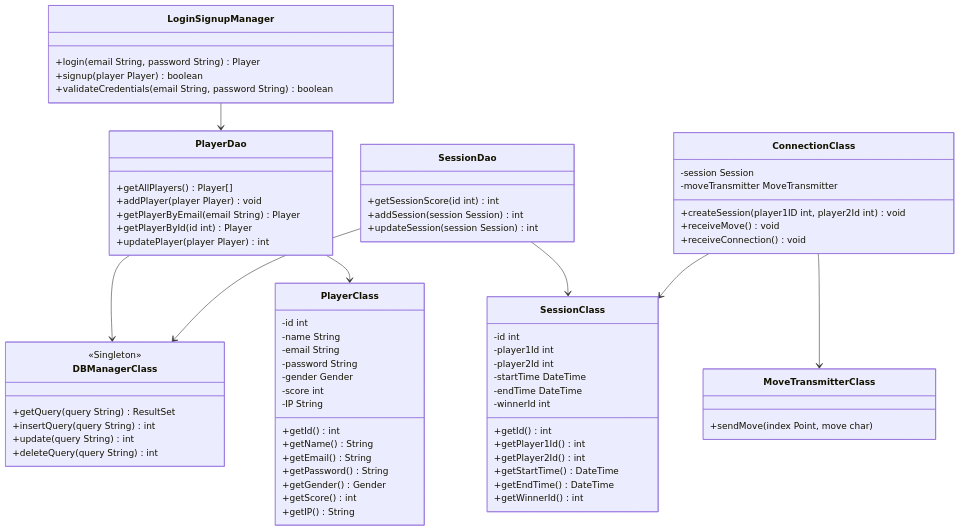
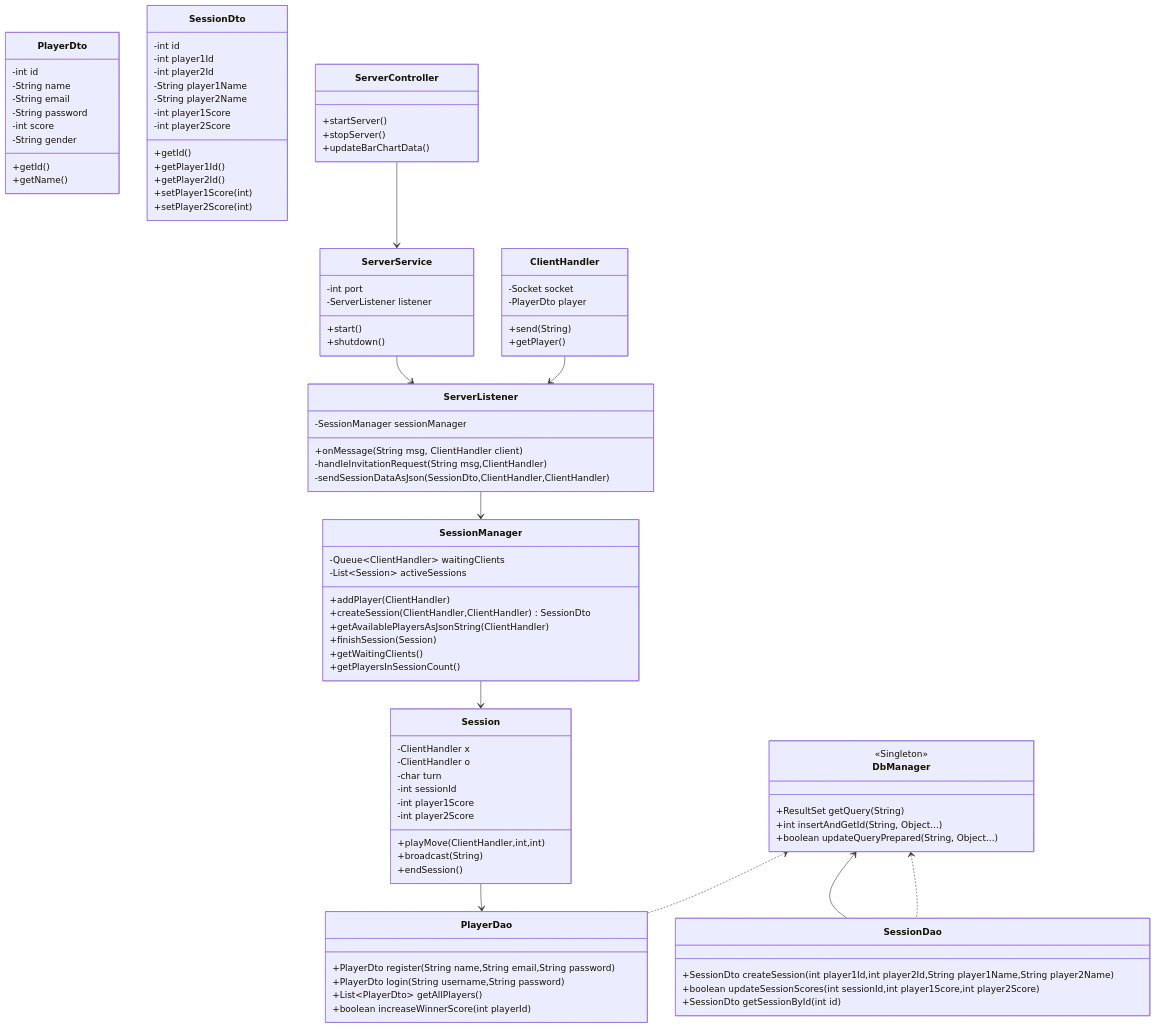
Before and after one commit to ITI-Java-Project/.github: the fourth of 4 diagrams in profile/README.md, drawn with Mermaid. The commit also changed other lines of this file, not shown here.

Commit message:
Refactor README.md to update component diagrams

````diff
--- a/profile/README.md
+++ b/profile/README.md
@@ -180,85 +326,108 @@
 ```mermaid
 classDiagram
-    class DBManagerClass {
+    class DbManager {
         <<Singleton>>
-        +getQuery(query String) ResultSet
-        +insertQuery(query String) int
-        +update(query String) int
-        +deleteQuery(query String) int
+        +ResultSet getQuery(String)
+        +int insertAndGetId(String, Object...)
+        +boolean updateQueryPrepared(String, Object...)
     }
-    
+
     class PlayerDao {
-        +getAllPlayers() Player[]
-        +addPlayer(player Player) void
-        +getPlayerByEmail(email String) Player
-        +getPlayerById(id int) Player
-        +updatePlayer(player Player) int
+        +PlayerDto register(String name,String email,String password)
+        +PlayerDto login(String username,String password)
+        +List~PlayerDto~ getAllPlayers()
+        +boolean increaseWinnerScore(int playerId)
     }
-    
+
     class SessionDao {
-        +getSessionScore(id int) int
-        +addSession(session Session) int
-        +updateSession(session Session) int
+        +SessionDto createSession(int player1Id,int player2Id,String player1Name,String player2Name)
+        +boolean updateSessionScores(int sessionId,int player1Score,int player2Score)
+        +SessionDto getSessionById(int id)
     }
-    
-    PlayerDao --> DBManagerClass
-    SessionDao --> DBManagerClass
-    
-    class PlayerClass {
-        -id int
-        -name String
-        -email String
-        -password String
-        -gender Gender
-        -score int
-        -IP String
-        +getId() int
-        +getName() String
-        +getEmail() String
-        +getPassword() String
-        +getGender() Gender
-        +getScore() int
-        +getIP() String
+
+    class PlayerDto {
+        -int id
+        -String name
+        -String email
+        -String password
+        -int score
+        -String gender
+        +getId()
+        +getName()
     }
-    
-    class SessionClass {
-        -id int
-        -player1Id int
-        -player2Id int
-        -startTime DateTime
-        -endTime DateTime
-        -winnerId int
-        +getId() int
-        +getPlayer1Id() int
-        +getPlayer2Id() int
-        +getStartTime() DateTime
-        +getEndTime() DateTime
-        +getWinnerId() int
+
+    class SessionDto {
+        -int id
+        -int player1Id
+        -int player2Id
+        -String player1Name
+        -String player2Name
+        -int player1Score
+        -int player2Score
+        +getId()
+        +getPlayer1Id()
+        +getPlayer2Id()
+        +setPlayer1Score(int)
+        +setPlayer2Score(int)
     }
-    
-    PlayerDao --> PlayerClass
-    SessionDao --> SessionClass
-    
-    class MoveTransmitterClass {
-        +sendMove(index Point, move char)
+
+    class ServerListener {
+        -SessionManager sessionManager
+        +onMessage(String msg, ClientHandler client)
+        -handleInvitationRequest(String msg,ClientHandler)
+        -sendSessionDataAsJson(SessionDto,ClientHandler,ClientHandler)
     }
-    
-    class ConnectionClass {
-        -session Session
-        -moveTransmitter MoveTransmitter
-        +createSession(player1ID int, player2Id int) void
-        +receiveMove() void
-        +receiveConnection() void
+
+    class ClientHandler {
+        -Socket socket
+        -PlayerDto player
+        +send(String)
+        +getPlayer()
     }
-    
-    ConnectionClass --> SessionClass
-    ConnectionClass --> MoveTransmitterClass
-    
-    class LoginSignupManager {
-        +login(email String, password String) Player
-        +signup(player Player) boolean
-        +validateCredentials(email String, password String) boolean
+
+    class SessionManager {
+        -Queue~ClientHandler~ waitingClients
+        -List~Session~ activeSessions
+        +addPlayer(ClientHandler)
+        +createSession(ClientHandler,ClientHandler) SessionDto
+        +getAvailablePlayersAsJsonString(ClientHandler)
+        +finishSession(Session)
+        +getWaitingClients()
+        +getPlayersInSessionCount()
     }
-    
-    LoginSignupManager --> PlayerDao
+
+    class Session {
+        -ClientHandler x
+        -ClientHandler o
+        -char turn
+        -int sessionId
+        -int player1Score
+        -int player2Score
+        +playMove(ClientHandler,int,int)
+        +broadcast(String)
+        +endSession()
+    }
+
+    class ServerService {
+        -int port
+        -ServerListener listener
+        +start()
+        +shutdown()
+    }
+
+    class ServerController {
+        +startServer()
+        +stopServer()
+        +updateBarChartData()
+    }
+
+    DbManager <.. PlayerDao
+    DbManager <.. SessionDao
+    ServerListener --> SessionManager
+    SessionManager --> Session
+    Session --> PlayerDao
+    SessionDao --> DbManager
+    ClientHandler --> ServerListener
+    ServerService --> ServerListener
+    ServerController --> ServerService
 ```
````
